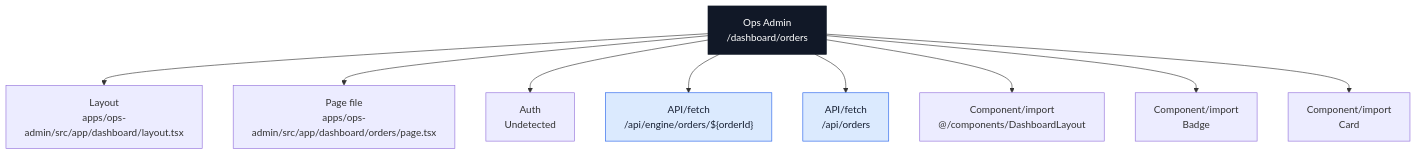
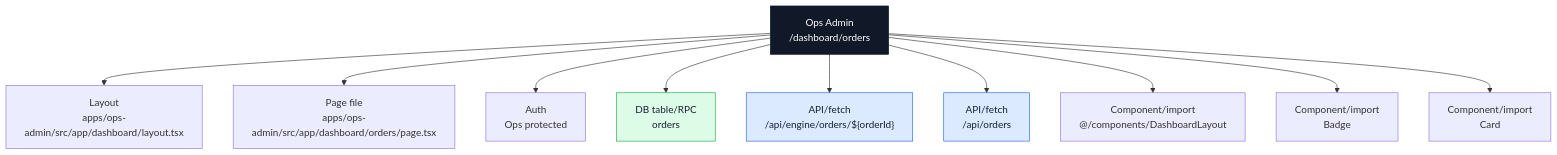
One commit to Ritenoob/ridendine-marketplace changed diagram 32 of 40 in docs/architecture/codebase-map/pages/ops-admin-pages.md. Above: the diagram before and after it, drawn with Mermaid. The commit also changed other lines of this file and 34 other files, not shown here.

````diff
--- a/docs/architecture/codebase-map/pages/ops-admin-pages.md
+++ b/docs/architecture/codebase-map/pages/ops-admin-pages.md
@@ -2374,26 +2392,29 @@
 ```mermaid
 flowchart TB
   Page["Ops Admin<br/>/dashboard/orders"]
   Layout["Layout<br/>apps/ops-admin/src/app/dashboard/layout.tsx"]
   File["Page file<br/>apps/ops-admin/src/app/dashboard/orders/page.tsx"]
-  Auth["Auth<br/>Undetected"]
+  Auth["Auth<br/>Ops protected"]
   Page --> Layout
   Page --> File
   Page --> Auth
+  Table0["DB table/RPC<br/>orders"]
+  Page --> Table0
   Api0["API/fetch<br/>/api/engine/orders/${orderId}"]
   Page --> Api0
   Api1["API/fetch<br/>/api/orders"]
   Page --> Api1
   Component0["Component/import<br/>@/components/DashboardLayout"]
   Page --> Component0
   Component1["Component/import<br/>Badge"]
   Page --> Component1
   Component2["Component/import<br/>Card"]
   Page --> Component2
   classDef page fill:#111827,stroke:#111827,color:#ffffff
   classDef data fill:#dcfce7,stroke:#16a34a,color:#172033
   classDef api fill:#dbeafe,stroke:#2563eb,color:#172033
   classDef warn fill:#fef3c7,stroke:#f59e0b,color:#172033
   class Page page
+  class Table0 data
   class Api0,Api1 api
 ```
````
